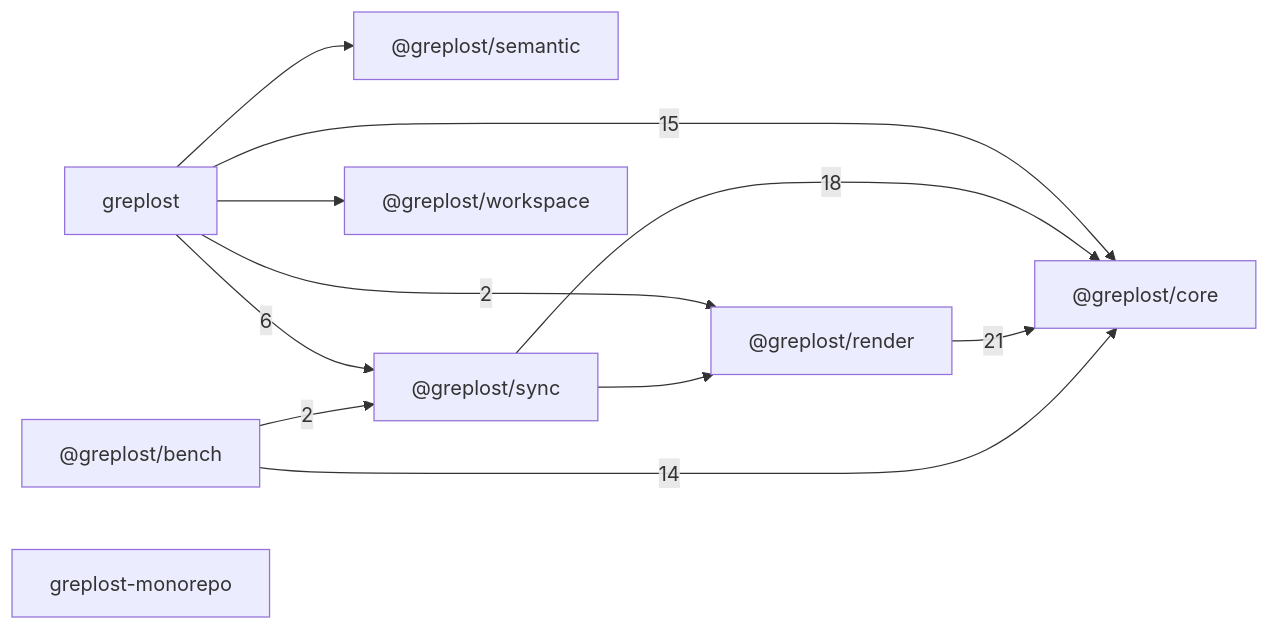
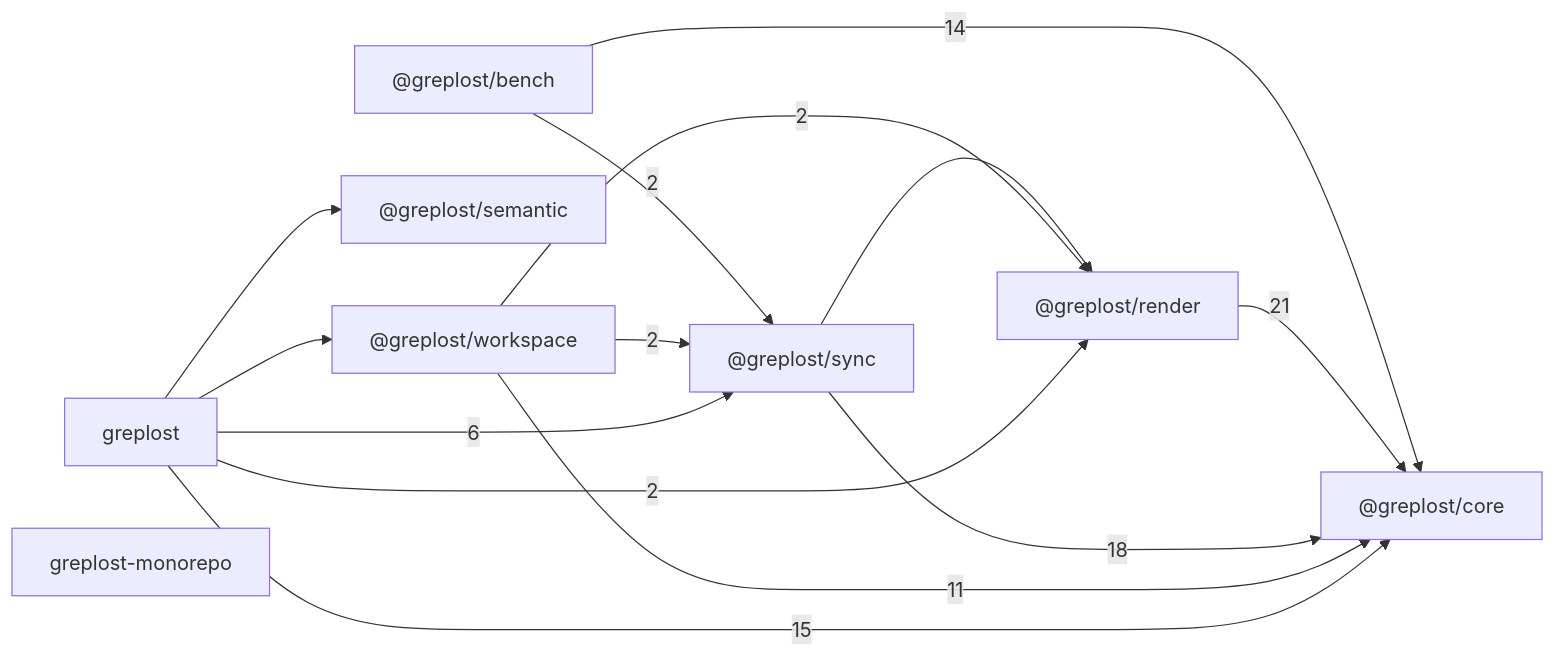
One commit to sns45/greplost changed the diagram in .greplost/repo/MAP.md. Above: the diagram before and after it, drawn with Mermaid. The commit also changed other lines of this file and 71 other files, not shown here.

````diff
--- a/.greplost/repo/MAP.md
+++ b/.greplost/repo/MAP.md
@@ -21,21 +21,24 @@
 ```mermaid
 graph LR
   _greplost_bench["@greplost/bench"]
   _greplost_core["@greplost/core"]
   _greplost_render["@greplost/render"]
   _greplost_semantic["@greplost/semantic"]
   _greplost_sync["@greplost/sync"]
   _greplost_workspace["@greplost/workspace"]
   greplost["greplost"]
   greplost_monorepo["greplost-monorepo"]
   _greplost_bench -->|14| _greplost_core
   _greplost_bench -->|2| _greplost_sync
   _greplost_render -->|21| _greplost_core
   _greplost_sync -->|18| _greplost_core
   _greplost_sync --> _greplost_render
+  _greplost_workspace -->|11| _greplost_core
+  _greplost_workspace -->|2| _greplost_render
+  _greplost_workspace -->|2| _greplost_sync
   greplost -->|15| _greplost_core
   greplost -->|2| _greplost_render
   greplost --> _greplost_semantic
   greplost -->|6| _greplost_sync
   greplost --> _greplost_workspace
 ```
````
